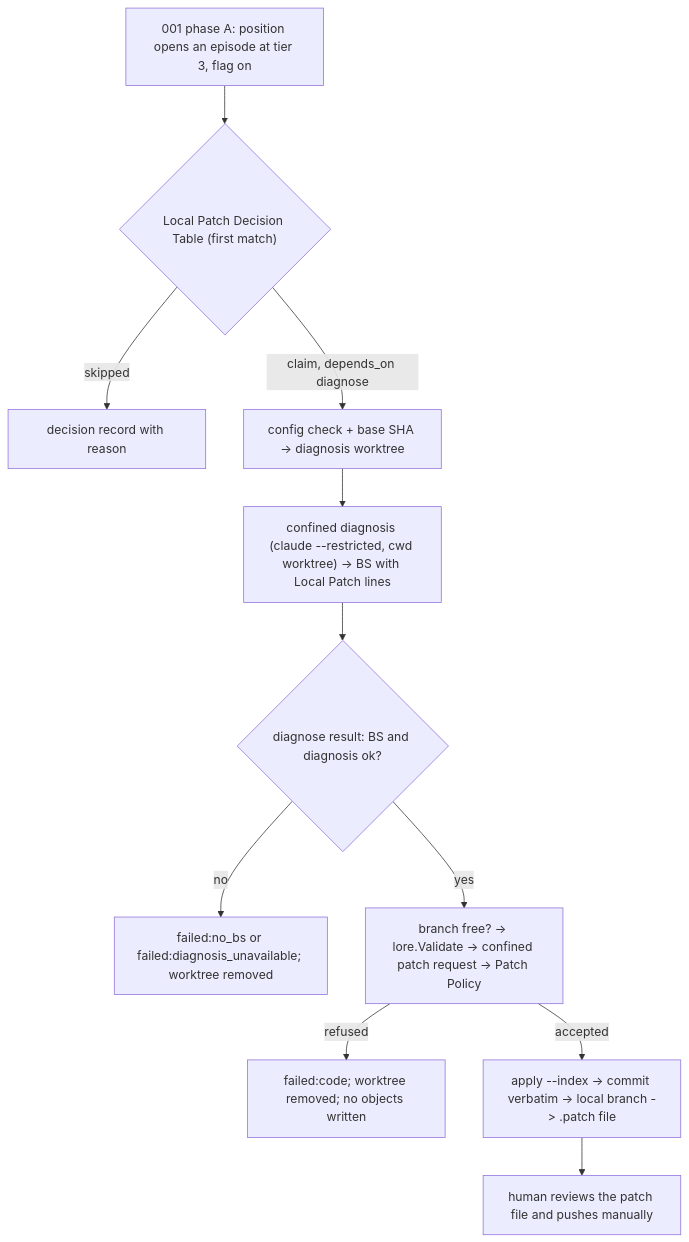
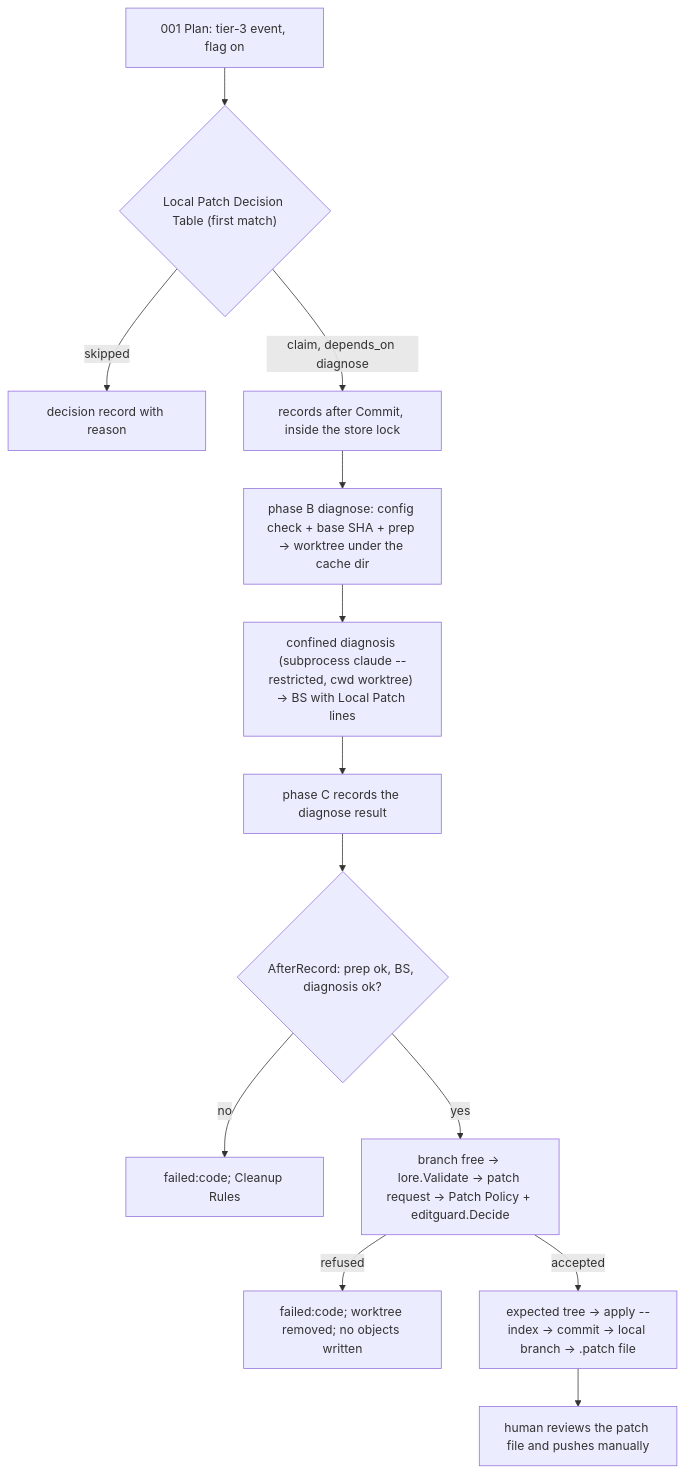
The diagram in .autopus/specs/SPEC-SIGMABAND-002/plan.md (autopus-ai/autopus-adk), drawn with Mermaid before and after one commit. The commit also changed other lines of this file and 3 other files, not shown here.

````diff
--- a/.autopus/specs/SPEC-SIGMABAND-002/plan.md
+++ b/.autopus/specs/SPEC-SIGMABAND-002/plan.md
@@ -35,13 +41,15 @@
 ```mermaid
 flowchart TD
-  A["001 phase A: position opens an episode at tier 3, flag on"] --> D{"Local Patch Decision Table (first match)"}
+  A["001 Plan: tier-3 event, flag on"] --> D{"Local Patch Decision Table (first match)"}
   D -->|"skipped"| S["decision record with reason"]
-  D -->|"claim, depends_on diagnose"| W["config check + base SHA -> diagnosis worktree"]
-  W --> DX["confined diagnosis (claude --restricted, cwd worktree) -> BS with Local Patch lines"]
-  DX --> R{"diagnose result: BS and diagnosis ok?"}
-  R -->|"no"| F["failed:no_bs or failed:diagnosis_unavailable; worktree removed"]
-  R -->|"yes"| P["branch free? -> lore.Validate -> confined patch request -> Patch Policy"]
-  P -->|"refused"| C["failed:code; worktree removed; no objects written"]
-  P -->|"accepted"| L["apply --index -> commit verbatim -> local branch -> .patch file"]
+  D -->|"claim, depends_on diagnose"| R1["records after Commit, inside the store lock"]
+  R1 --> W["phase B diagnose: config check + base SHA + prep -> worktree under the cache dir"]
+  W --> DX["confined diagnosis (subprocess claude --restricted, cwd worktree) -> BS with Local Patch lines"]
+  DX --> C["phase C records the diagnose result"]
+  C --> R{"AfterRecord: prep ok, BS, diagnosis ok?"}
+  R -->|"no"| F["failed:code; Cleanup Rules"]
+  R -->|"yes"| P["branch free -> lore.Validate -> patch request -> Patch Policy + editguard.Decide"]
+  P -->|"refused"| X["failed:code; worktree removed; no objects written"]
+  P -->|"accepted"| L["expected tree -> apply --index -> commit -> local branch -> .patch file"]
   L --> H["human reviews the patch file and pushes manually"]
 ```
````
